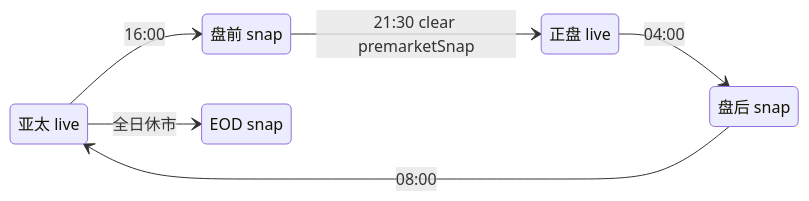
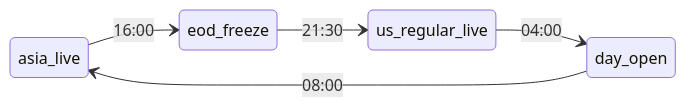
The second of 2 diagrams in docs/data-flow.md (ChenglongChen/fund-tracker), drawn with Mermaid before and after one commit. The commit also changed other lines of this file and 67 other files, not shown here.

````diff
--- a/docs/data-flow.md
+++ b/docs/data-flow.md
@@ -98,15 +97,13 @@
 ```mermaid
 stateDiagram-v2
   direction LR
-  AsiaLive: 亚太 live
-  PremarketFreeze: 盘前 snap
-  UsRegular: 正盘 live
-  AfterhoursFreeze: 盘后 snap
-  EodFreeze: EOD snap
+  AsiaLive: asia_live
+  EodFreeze: eod_freeze
+  UsRegular: us_regular_live
+  DayOpen: day_open
 
-  AsiaLive --> PremarketFreeze: 16:00
-  PremarketFreeze --> UsRegular: 21:30 clear premarketSnap
-  UsRegular --> AfterhoursFreeze: 04:00
-  AfterhoursFreeze --> AsiaLive: 08:00
-  AsiaLive --> EodFreeze: 全日休市
+  AsiaLive --> EodFreeze: 16:00
+  EodFreeze --> UsRegular: 21:30
+  UsRegular --> DayOpen: 04:00
+  DayOpen --> AsiaLive: 08:00
 ```
````
